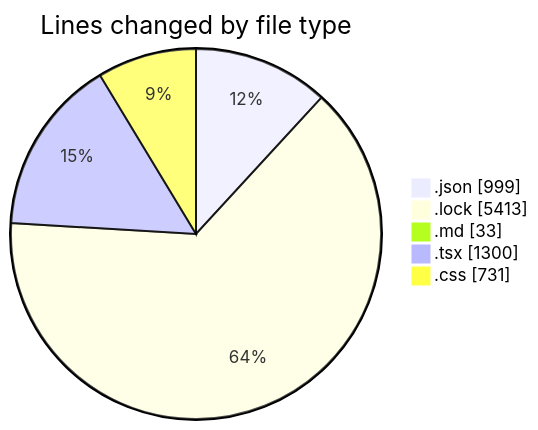
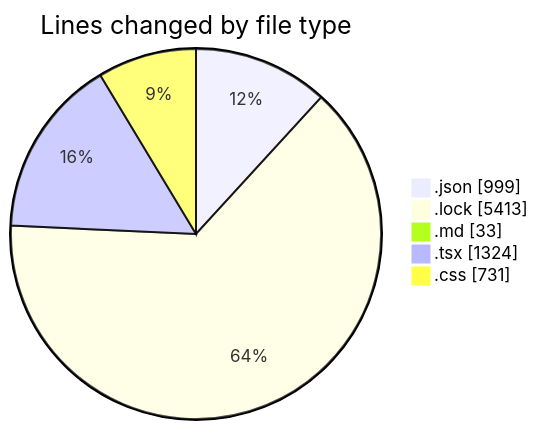
The first of 2 diagrams in 2025-08-11/ribbon/README.md (EIIisD/code-tracking), drawn with Mermaid before and after one commit. The commit also changed other lines of this file and 1 other file, not shown here.

````diff
--- a/2025-08-11/ribbon/README.md
+++ b/2025-08-11/ribbon/README.md
@@ -40,9 +40,9 @@
 ```mermaid
 pie showData
 title Lines changed by file type
 ".json" : 999
 ".lock" : 5413
 ".md" : 33
-".tsx" : 1300
+".tsx" : 1324
 ".css" : 731
 ```
````
